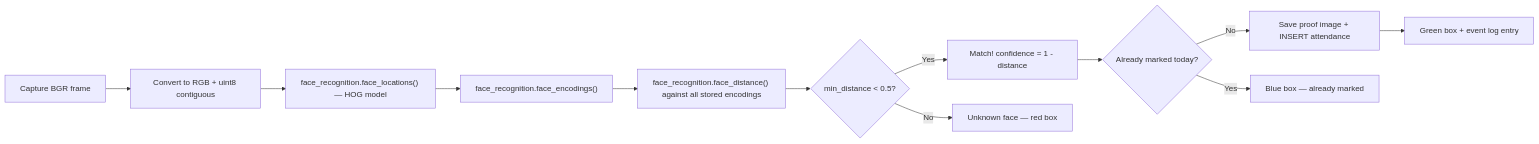
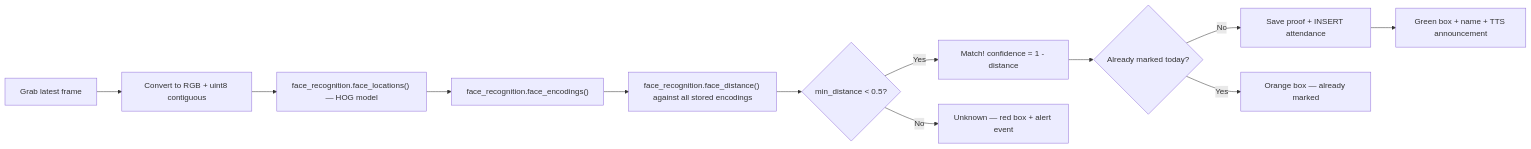
Before and after one commit to OmAgr241/face-attendance: the sixth of 6 diagrams in PROJECT_REPORT.md, drawn with Mermaid. The commit also changed other lines of this file and 1 other file, not shown here.

Commit message:
Update README and PROJECT_REPORT for v1.2: TTS, bounding boxes, two-thread camera, Excel exports, unknown detection

````diff
--- a/PROJECT_REPORT.md
+++ b/PROJECT_REPORT.md
@@ -283,14 +337,14 @@
 ```mermaid
 flowchart LR
-    A["Capture BGR frame"] --> B["Convert to RGB + uint8 contiguous"]
+    A["Grab latest frame"] --> B["Convert to RGB + uint8 contiguous"]
     B --> C["face_recognition.face_locations() — HOG model"]
     C --> D["face_recognition.face_encodings()"]
     D --> E["face_recognition.face_distance() against all stored encodings"]
     E --> F{"min_distance < 0.5?"}
     F -->|Yes| G["Match! confidence = 1 - distance"]
-    F -->|No| H["Unknown face — red box"]
+    F -->|No| H["Unknown — red box + alert event"]
     G --> I{"Already marked today?"}
-    I -->|No| J["Save proof image + INSERT attendance"]
-    I -->|Yes| K["Blue box — already marked"]
-    J --> L["Green box + event log entry"]
+    I -->|No| J["Save proof + INSERT attendance"]
+    I -->|Yes| K["Orange box — already marked"]
+    J --> L["Green box + name + TTS announcement"]
 ```
````
